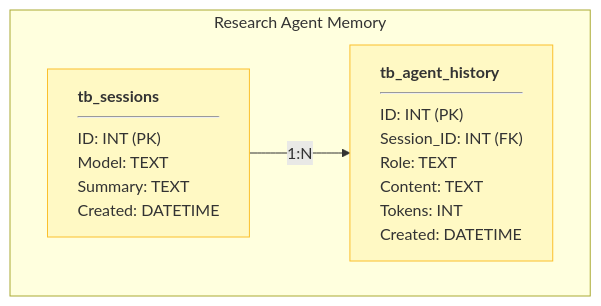
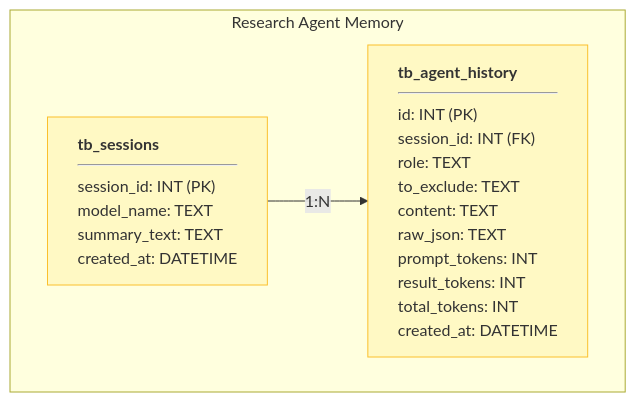
Before and after one commit to viktor-taraba/MULTI-AGENT-SYSTEMS-course: the second of 2 diagrams in homework-lesson-4/README.md, drawn with Mermaid.

Commit message:
Update database schema descriptions in README

````diff
--- a/homework-lesson-4/README.md
+++ b/homework-lesson-4/README.md
@@ -139,15 +139,15 @@
 ```mermaid
 graph LR
     subgraph Database_Schema [Research Agent Memory]
     direction LR
     
-    A["<div align='left'><b>tb_sessions</b><hr/>ID: INT (PK)<br/>Model: TEXT<br/>Summary: TEXT<br/>Created: DATETIME</div>"] 
+    A["<div align='left'><b>tb_sessions</b><hr/>session_id: INT (PK)<br/>model_name: TEXT<br/>summary_text: TEXT<br/>created_at: DATETIME</div>"] 
     
-    B["<div align='left'><b>tb_agent_history</b><hr/>ID: INT (PK)<br/>Session_ID: INT (FK)<br/>Role: TEXT<br/>Content: TEXT<br/>Tokens: INT<br/>Created: DATETIME</div>"]
+    B["<div align='left'><b>tb_agent_history</b><hr/>id: INT (PK)<br/>session_id: INT (FK)<br/>role: TEXT<br/>to_exclude: TEXT<br/>content: TEXT<br/>raw_json: TEXT<br/>prompt_tokens: INT<br/>result_tokens: INT<br/>total_tokens: INT<br/>created_at: DATETIME</div>"]
     
     A -->|1:N| B
     end
     
     style A fill:#fff9c4,stroke:#fbc02d,text-align:left
     style B fill:#fff9c4,stroke:#fbc02d,text-align:left
 ```
````
